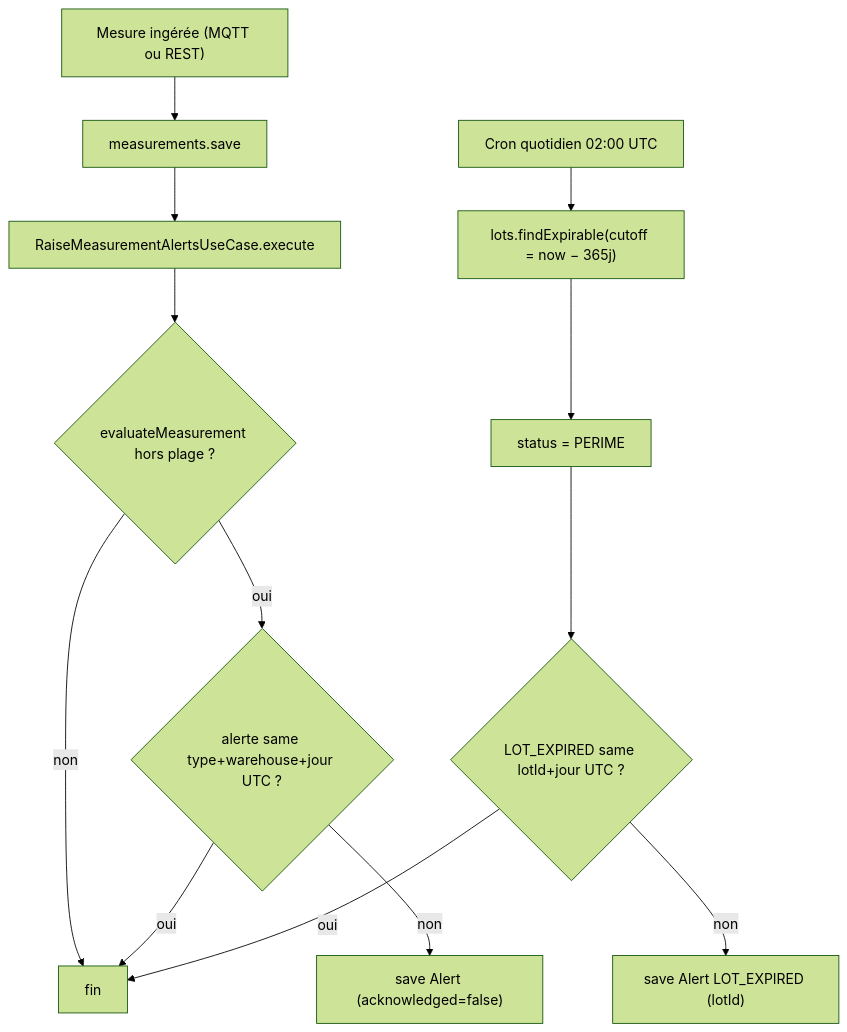
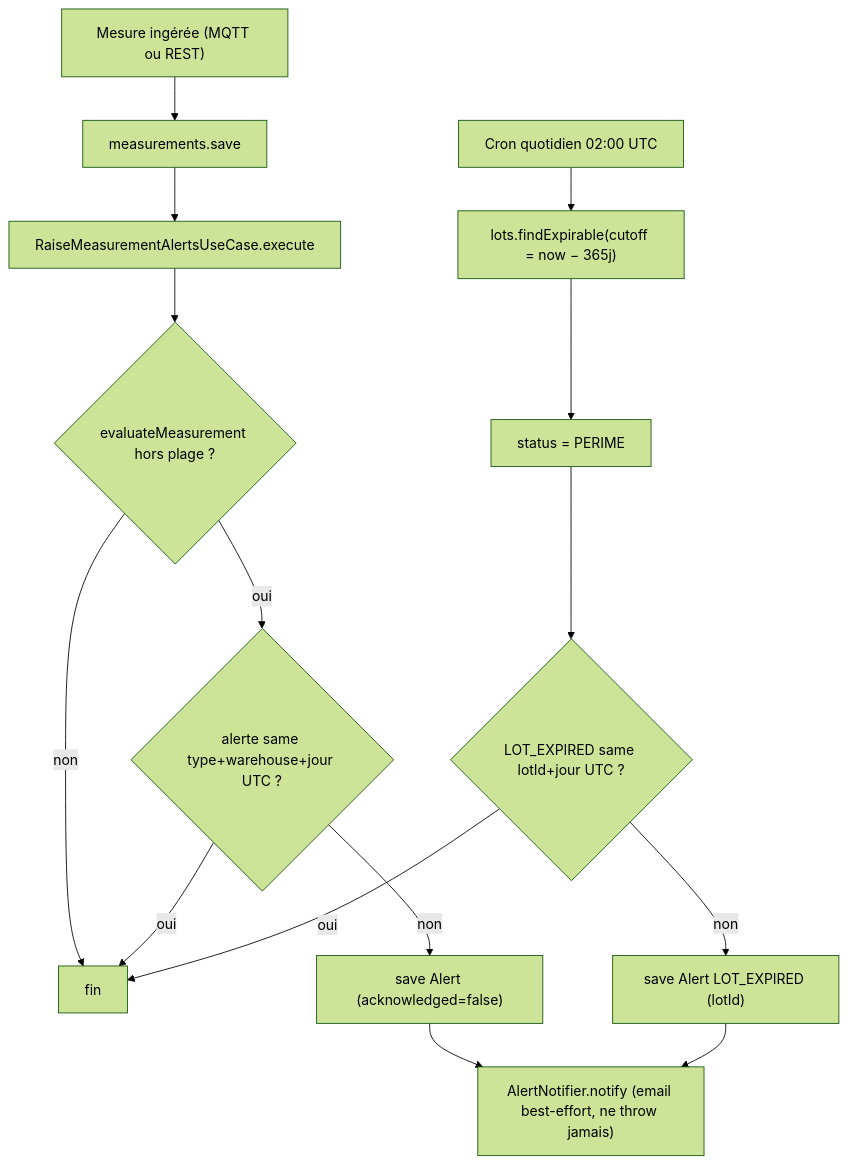
The diagram in docs/features/alerts.md (Enzobu/MSPR-TPRE-814), drawn with Mermaid (forest theme) before and after one commit. The commit also changed other lines of this file and 18 other files, not shown here.

First line of the commit message:
feat(pays): mailer SMTP best-effort + templates emails d'alerte (#34)

````diff
--- a/docs/features/alerts.md
+++ b/docs/features/alerts.md
@@ -137,15 +143,17 @@
 ```mermaid
 flowchart TD
     M["Mesure ingérée (MQTT ou REST)"] --> S["measurements.save"]
     S --> R["RaiseMeasurementAlertsUseCase.execute"]
     R --> E{"evaluateMeasurement hors plage ?"}
     E -- non --> OK["fin"]
     E -- oui --> D{"alerte same type+warehouse+jour UTC ?"}
     D -- oui --> OK
     D -- non --> P["save Alert (acknowledged=false)"]
+    P --> N["AlertNotifier.notify (email best-effort, ne throw jamais)"]
     C["Cron quotidien 02:00 UTC"] --> F["lots.findExpirable(cutoff = now − 365j)"]
     F --> U["status = PERIME"]
     U --> DL{"LOT_EXPIRED same lotId+jour UTC ?"}
     DL -- oui --> OK
     DL -- non --> PL["save Alert LOT_EXPIRED (lotId)"]
+    PL --> N
 ```
````
